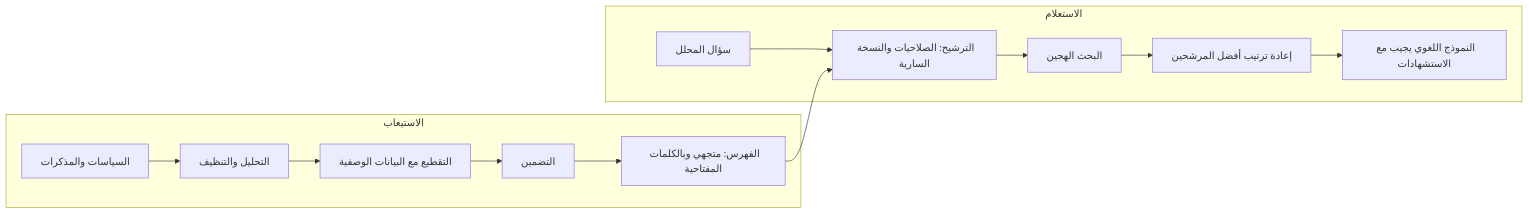
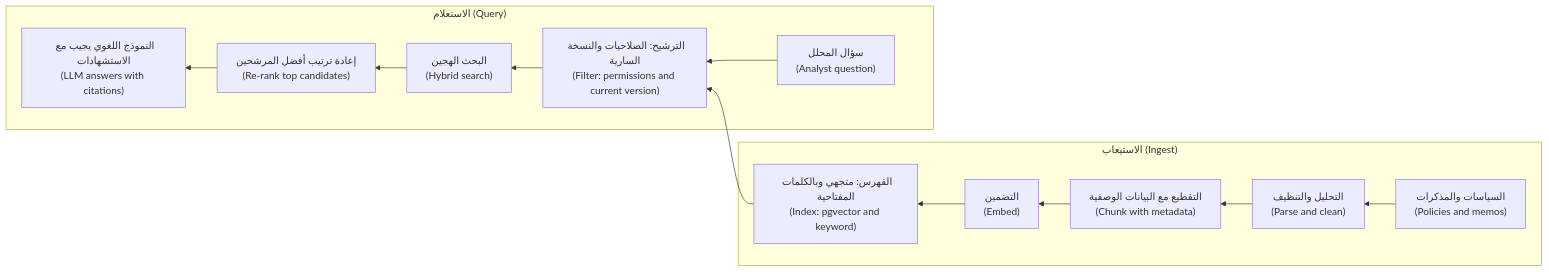
The third of 3 diagrams in data/modules/05-ml.ar.md (Tamoura/system-design-for-vibe-coders), drawn with Mermaid before and after one commit. The commit also changed other lines of this file and 20 other files, not shown here.

First line of the commit message:
New courses: Arabic diagrams read right-to-left with English labels (modules 0–6)

````diff
--- a/data/modules/05-ml.ar.md
+++ b/data/modules/05-ml.ar.md
@@ -563,16 +563,16 @@
 ```mermaid
-flowchart LR
-  subgraph Ingest["الاستيعاب"]
-    D["السياسات والمذكرات"] --> P["التحليل والتنظيف"]
-    P --> C["التقطيع مع البيانات الوصفية"]
-    C --> E["التضمين"]
-    E --> X["الفهرس: متجهي وبالكلمات المفتاحية"]
+flowchart RL
+  subgraph Ingest["الاستيعاب (Ingest)"]
+    D["السياسات والمذكرات<br/>(Policies and memos)"] --> P["التحليل والتنظيف<br/>(Parse and clean)"]
+    P --> C["التقطيع مع البيانات الوصفية<br/>(Chunk with metadata)"]
+    C --> E["التضمين<br/>(Embed)"]
+    E --> X["الفهرس: متجهي وبالكلمات المفتاحية<br/>(Index: pgvector and keyword)"]
   end
-  subgraph Query["الاستعلام"]
-    Q["سؤال المحلل"] --> F["الترشيح: الصلاحيات والنسخة السارية"]
-    F --> H["البحث الهجين"]
-    H --> R["إعادة ترتيب أفضل المرشحين"]
-    R --> L["النموذج اللغوي يجيب مع الاستشهادات"]
+  subgraph Query["الاستعلام (Query)"]
+    Q["سؤال المحلل<br/>(Analyst question)"] --> F["الترشيح: الصلاحيات والنسخة السارية<br/>(Filter: permissions and current version)"]
+    F --> H["البحث الهجين<br/>(Hybrid search)"]
+    H --> R["إعادة ترتيب أفضل المرشحين<br/>(Re-rank top candidates)"]
+    R --> L["النموذج اللغوي يجيب مع الاستشهادات<br/>(LLM answers with citations)"]
   end
   X --> F
 ```
````
